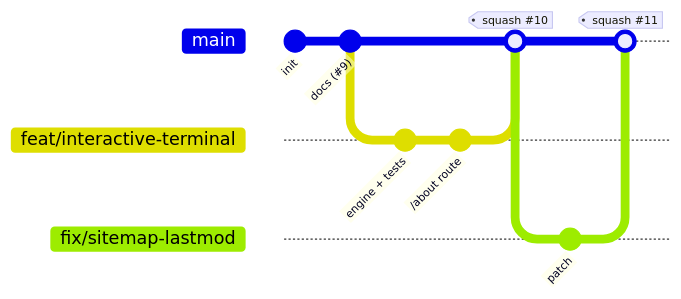
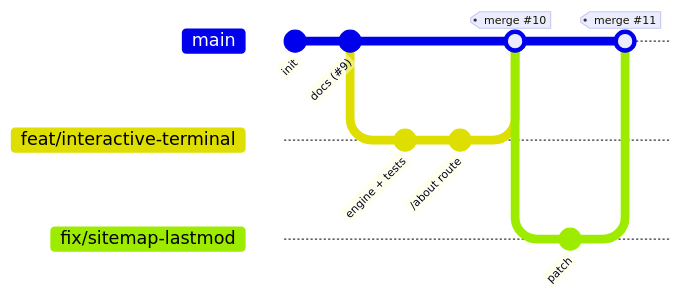
Before and after one commit to Ruthgyeul/TerminalWebTemplate: the first of 2 diagrams in docs/git-workflow.md, drawn with Mermaid. The commit also changed other lines of this file and 2 other files, not shown here.

First line of the commit message:
docs: switch merge strategy from squash to merge commits

````diff
--- a/docs/git-workflow.md
+++ b/docs/git-workflow.md
@@ -16,16 +16,16 @@
 ```mermaid
 gitGraph
    commit id: "init"
    commit id: "docs (#9)"
    branch feat/interactive-terminal
    checkout feat/interactive-terminal
    commit id: "engine + tests"
    commit id: "/about route"
    checkout main
-   merge feat/interactive-terminal tag: "squash #10"
+   merge feat/interactive-terminal tag: "merge #10"
    branch fix/sitemap-lastmod
    checkout fix/sitemap-lastmod
    commit id: "patch"
    checkout main
-   merge fix/sitemap-lastmod tag: "squash #11"
+   merge fix/sitemap-lastmod tag: "merge #11"
 ```
````
